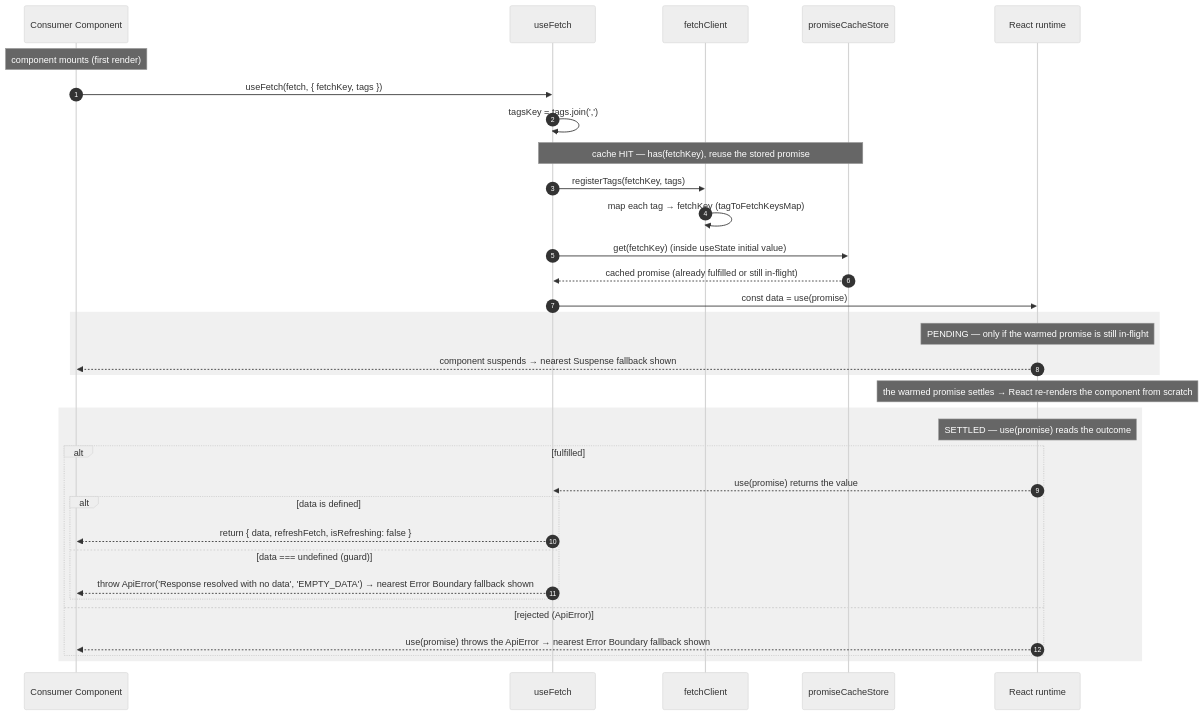
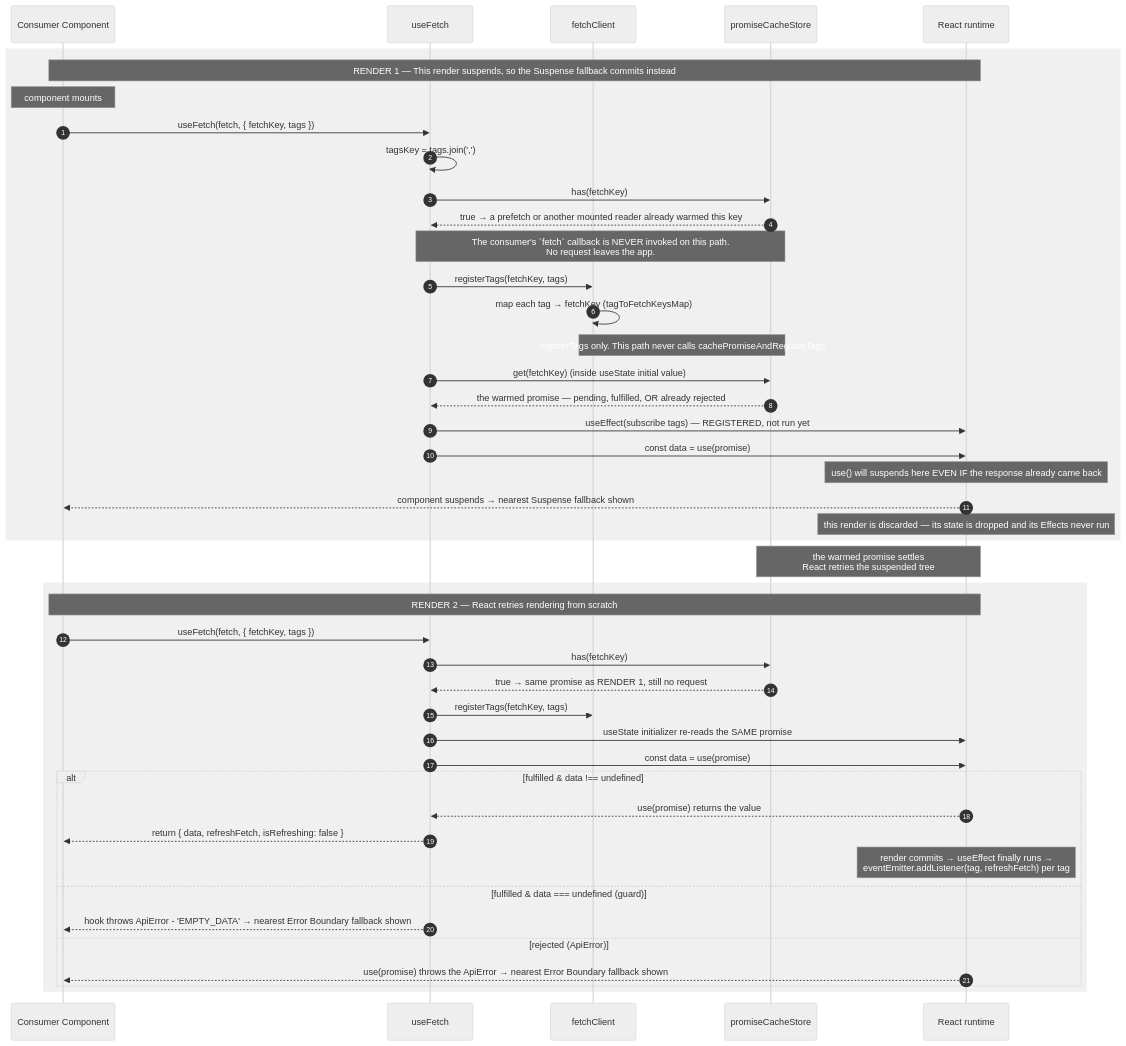
The second of 4 diagrams in docs/architecture/USE-FETCH-FLOW.md (chuhaiphu/fetchwire), drawn with Mermaid (neutral theme) before and after one commit. The commit also changed other lines of this file and 14 other files, not shown here.

First line of the commit message:
refactor: improve error handling and documentation across fetch and mutation hooks

````diff
--- a/docs/architecture/USE-FETCH-FLOW.md
+++ b/docs/architecture/USE-FETCH-FLOW.md
@@ -38,41 +41,54 @@
 ```mermaid
 sequenceDiagram
     autonumber
     participant Cmp as Consumer Component
     participant H as useFetch
     participant FC as fetchClient
     participant Cache as promiseCacheStore
     participant React as React runtime
 
-    Note over Cmp: component mounts (first render)
-    Cmp->>H: useFetch(fetch, { fetchKey, tags })
-    H->>H: tagsKey = tags.join(',')
+    rect rgba(128,128,128,0.12)
+        Note over Cmp,React: RENDER 1 — This render suspends, so the Suspense fallback commits instead
+        Note over Cmp: component mounts
+        Cmp->>H: useFetch(fetch, { fetchKey, tags })
+        H->>H: tagsKey = tags.join(',')
+        H->>Cache: has(fetchKey)
+        Cache-->>H: true → a prefetch or another mounted reader already warmed this key
 
-    Note over H,Cache: cache HIT — has(fetchKey), reuse the stored promise
-    H->>FC: registerTags(fetchKey, tags)
-    FC->>FC: map each tag → fetchKey (tagToFetchKeysMap)
-    H->>Cache: get(fetchKey)  (inside useState initial value)
-    Cache-->>H: cached promise (already fulfilled or still in-flight)
-    H->>React: const data = use(promise)
+        Note over H,Cache: The consumer's `fetch` callback is NEVER invoked on this path.<br/>No request leaves the app.
+        H->>FC: registerTags(fetchKey, tags)
+        FC->>FC: map each tag → fetchKey (tagToFetchKeysMap)
+
+        Note over FC,Cache: registerTags only. This path never calls cachePromiseAndRegisterTags
+        H->>Cache: get(fetchKey)  (inside useState initial value)
+        Cache-->>H: the warmed promise — pending, fulfilled, OR already rejected
+        H->>React: useEffect(subscribe tags) — REGISTERED, not run yet
+        H->>React: const data = use(promise)
+
+        Note over React: use() will suspends here EVEN IF the response already came back
+        React-->>Cmp: component suspends → nearest Suspense fallback shown
+        Note over React: this render is discarded — its state is dropped and its Effects never run
+    end
+
+    Note over Cache,React: the warmed promise settles<br/>React retries the suspended tree
 
     rect rgba(128,128,128,0.12)
-        Note over React: PENDING — only if the warmed promise is still in-flight
-        React-->>Cmp: component suspends → nearest Suspense fallback shown
-    end
+        Note over Cmp,React: RENDER 2 — React retries rendering from scratch
+        Cmp->>H: useFetch(fetch, { fetchKey, tags })
+        H->>Cache: has(fetchKey)
+        Cache-->>H: true → same promise as RENDER 1, still no request
+        H->>FC: registerTags(fetchKey, tags)
+        H->>React: useState initializer re-reads the SAME promise
+        H->>React: const data = use(promise)
 
-    Note over React: the warmed promise settles → React re-renders the component from scratch
-
-    rect rgba(128,128,128,0.12)
-        Note over React: SETTLED — use(promise) reads the outcome
-        alt fulfilled
+        alt fulfilled & data !== undefined
             React-->>H: use(promise) returns the value
-            alt data is defined
-                H-->>Cmp: return { data, refreshFetch, isRefreshing: false }
-            else data === undefined (guard)
-                H-->>Cmp: throw ApiError('Response resolved with no data', 'EMPTY_DATA') → nearest Error Boundary fallback shown
-            end
+            H-->>Cmp: return { data, refreshFetch, isRefreshing: false }
+            Note over React: render commits → useEffect finally runs →<br/>eventEmitter.addListener(tag, refreshFetch) per tag
+        else fulfilled & data === undefined (guard)
+            H-->>Cmp: hook throws ApiError - 'EMPTY_DATA' → nearest Error Boundary fallback shown
         else rejected (ApiError)
             React-->>Cmp: use(promise) throws the ApiError → nearest Error Boundary fallback shown
         end
     end
 ```
````
